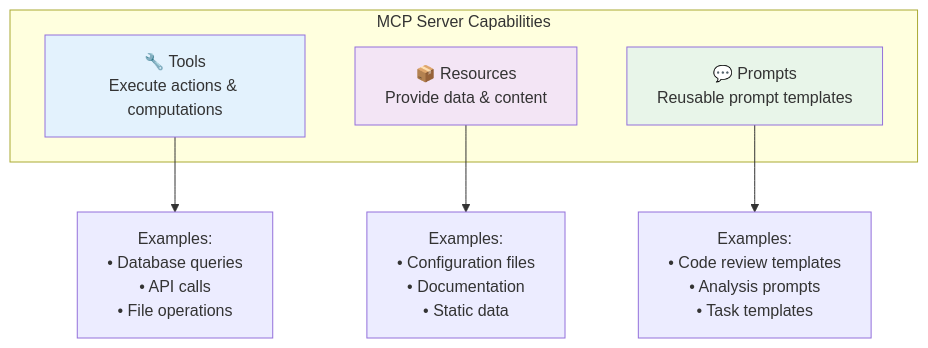
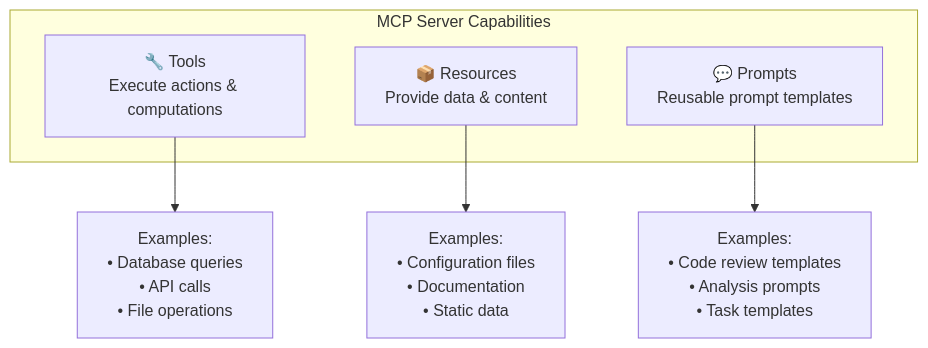
Before and after one commit to alexanderop/mcp-server-starter-ts: the third of 4 diagrams in README.md, drawn with Mermaid. The commit also changed other lines of this file and 13 other files, not shown here.

````diff
--- a/README.md
+++ b/README.md
@@ -168,16 +219,12 @@
 ```mermaid
 graph TD
     subgraph "MCP Server Capabilities"
         Tools["🔧 Tools<br/>Execute actions & computations"]
         Resources["📦 Resources<br/>Provide data & content"]
         Prompts["💬 Prompts<br/>Reusable prompt templates"]
     end
     
     Tools --> Example1["Examples:<br/>• Database queries<br/>• API calls<br/>• File operations"]
     Resources --> Example2["Examples:<br/>• Configuration files<br/>• Documentation<br/>• Static data"]
     Prompts --> Example3["Examples:<br/>• Code review templates<br/>• Analysis prompts<br/>• Task templates"]
-    
-    style Tools fill:#e3f2fd
-    style Resources fill:#f3e5f5
-    style Prompts fill:#e8f5e9
 ```
````
